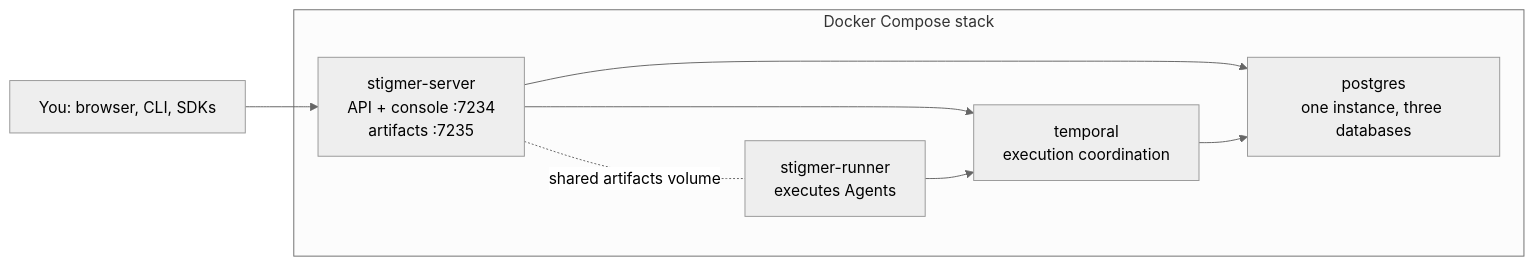
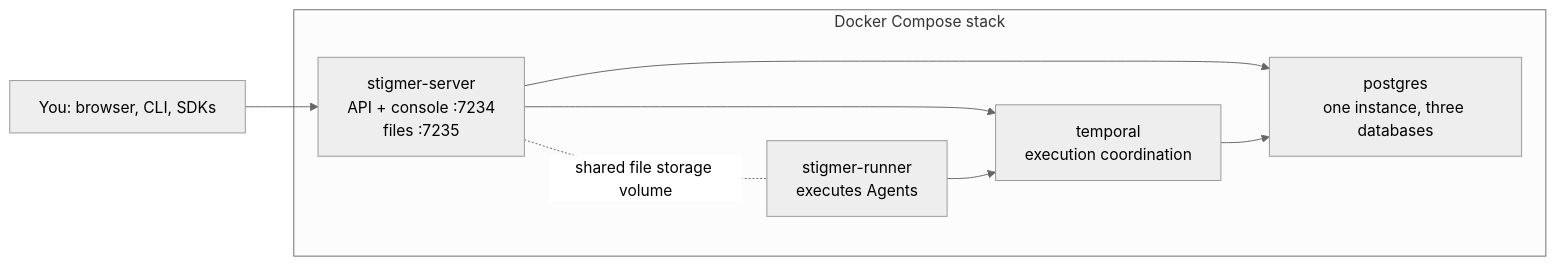
The diagram in docs/guides/self-hosting/docker-compose.mdx (stigmer/stigmer), drawn with Mermaid (neutral theme) before and after one commit. The commit also changed other lines of this file and 16 other files, not shown here.

````diff
--- a/docs/guides/self-hosting/docker-compose.mdx
+++ b/docs/guides/self-hosting/docker-compose.mdx
@@ -28,15 +28,15 @@
 ```mermaid
 flowchart LR
     subgraph stack [Docker Compose stack]
-        server["stigmer-server<br/>API + console :7234<br/>artifacts :7235"]
+        server["stigmer-server<br/>API + console :7234<br/>files :7235"]
         runner["stigmer-runner<br/>executes Agents"]
         temporal["temporal<br/>execution coordination"]
         postgres["postgres<br/>one instance, three databases"]
     end
     you["You: browser, CLI, SDKs"] --> server
     server --> temporal
     runner --> temporal
     server --> postgres
     temporal --> postgres
-    server -. "shared artifacts volume" .- runner
+    server -. "shared file storage volume" .- runner
 ```
````
